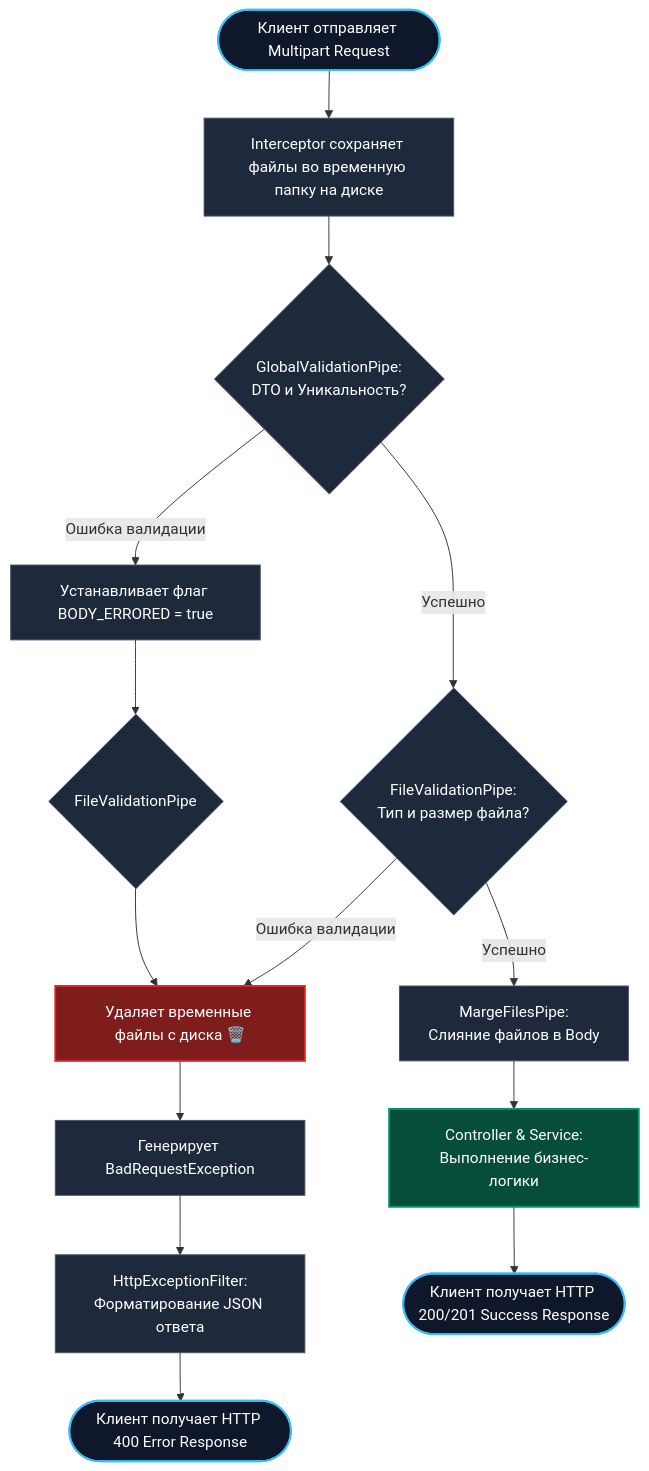
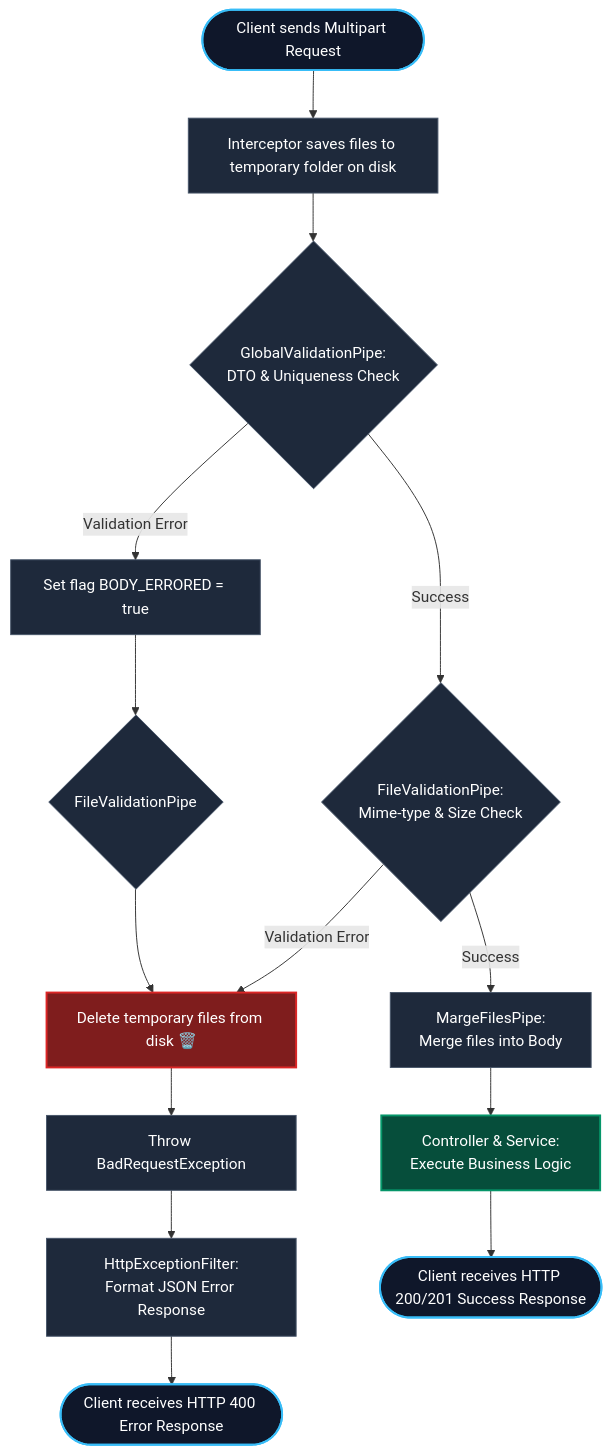
The second of 2 diagrams in README.md (araysargsyan/nest-0), drawn with Mermaid before and after one commit. The commit also changed other lines of this file, not shown here.

Commit message:
docs: translate README diagrams to English

````diff
--- a/README.md
+++ b/README.md
@@ -123,26 +123,26 @@
 ```mermaid
 graph TD
     classDef startEnd fill:#0f172a,stroke:#38bdf8,stroke-width:2px,color:#fff;
     classDef process fill:#1e293b,stroke:#475569,stroke-width:1px,color:#fff;
     classDef success fill:#064e3b,stroke:#059669,stroke-width:2px,color:#fff;
     classDef failure fill:#7f1d1d,stroke:#dc2626,stroke-width:2px,color:#fff;
 
-    StartNode([Клиент отправляет Multipart Request]):::startEnd --> SaveFiles[Interceptor сохраняет файлы во временную папку на диске]:::process
-    SaveFiles --> Pipe1{GlobalValidationPipe:<br/>DTO и Уникальность?}:::process
+    StartNode([Client sends Multipart Request]):::startEnd --> SaveFiles[Interceptor saves files to temporary folder on disk]:::process
+    SaveFiles --> Pipe1{GlobalValidationPipe:<br/>DTO & Uniqueness Check}:::process
     
-    Pipe1 -- Ошибка валидации --> MarkErrored[Устанавливает флаг BODY_ERRORED = true]:::process
+    Pipe1 -- Validation Error --> MarkErrored[Set flag BODY_ERRORED = true]:::process
     MarkErrored --> Pipe2Error{FileValidationPipe}:::process
-    Pipe2Error --> DeleteFilesError[Удаляет временные файлы с диска 🗑️]:::failure
-    DeleteFilesError --> ThrowError[Генерирует BadRequestException]:::process
+    Pipe2Error --> DeleteFilesError[Delete temporary files from disk 🗑️]:::failure
+    DeleteFilesError --> ThrowError[Throw BadRequestException]:::process
     
-    Pipe1 -- Успешно --> Pipe2{FileValidationPipe:<br/>Тип и размер файла?}:::process
+    Pipe1 -- Success --> Pipe2{FileValidationPipe:<br/>Mime-type & Size Check}:::process
     
-    Pipe2 -- Ошибка валидации --> DeleteFilesError
+    Pipe2 -- Validation Error --> DeleteFilesError
     
-    Pipe2 -- Успешно --> Pipe3[MargeFilesPipe:<br/>Слияние файлов в Body]:::process
-    Pipe3 --> Controller[Controller & Service:<br/>Выполнение бизнес-логики]:::success
+    Pipe2 -- Success --> Pipe3[MargeFilesPipe:<br/>Merge files into Body]:::process
+    Pipe3 --> Controller[Controller & Service:<br/>Execute Business Logic]:::success
     
-    ThrowError --> Filter[HttpExceptionFilter:<br/>Форматирование JSON ответа]:::process
-    Filter --> ClientResponse([Клиент получает HTTP 400 Error Response]):::startEnd
-    Controller --> ClientSuccess([Клиент получает HTTP 200/201 Success Response]):::startEnd
+    ThrowError --> Filter[HttpExceptionFilter:<br/>Format JSON Error Response]:::process
+    Filter --> ClientResponse([Client receives HTTP 400 Error Response]):::startEnd
+    Controller --> ClientSuccess([Client receives HTTP 200/201 Success Response]):::startEnd
 ```
````
